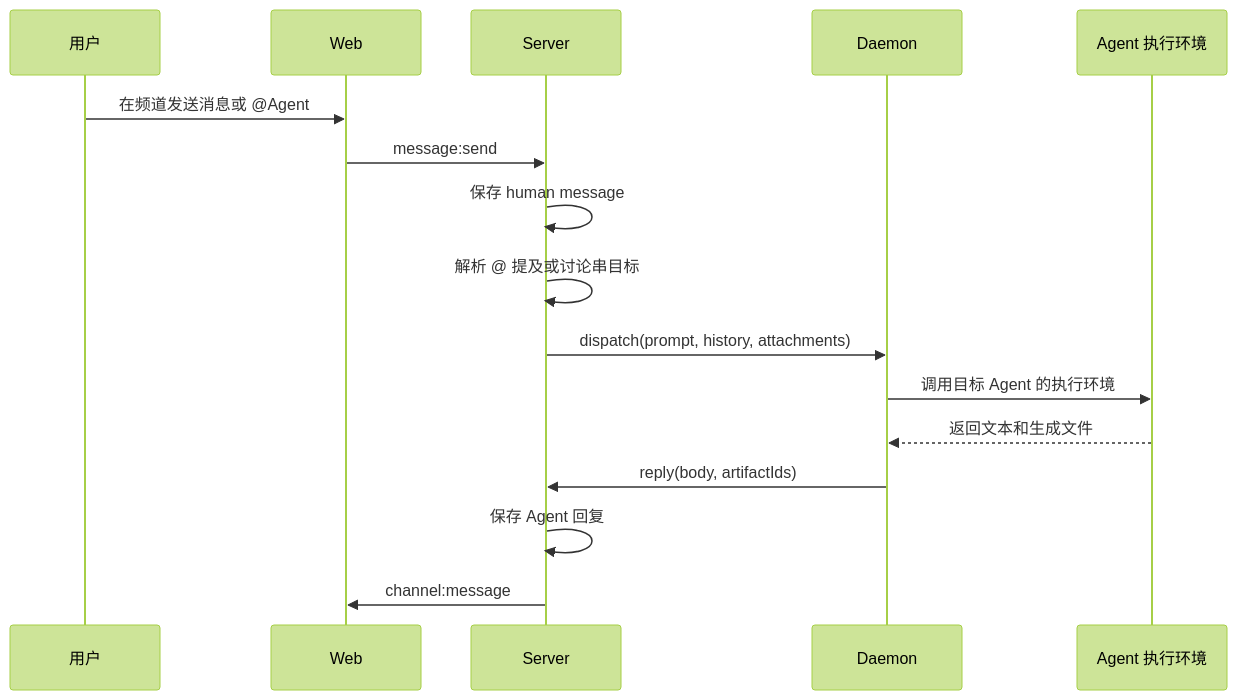
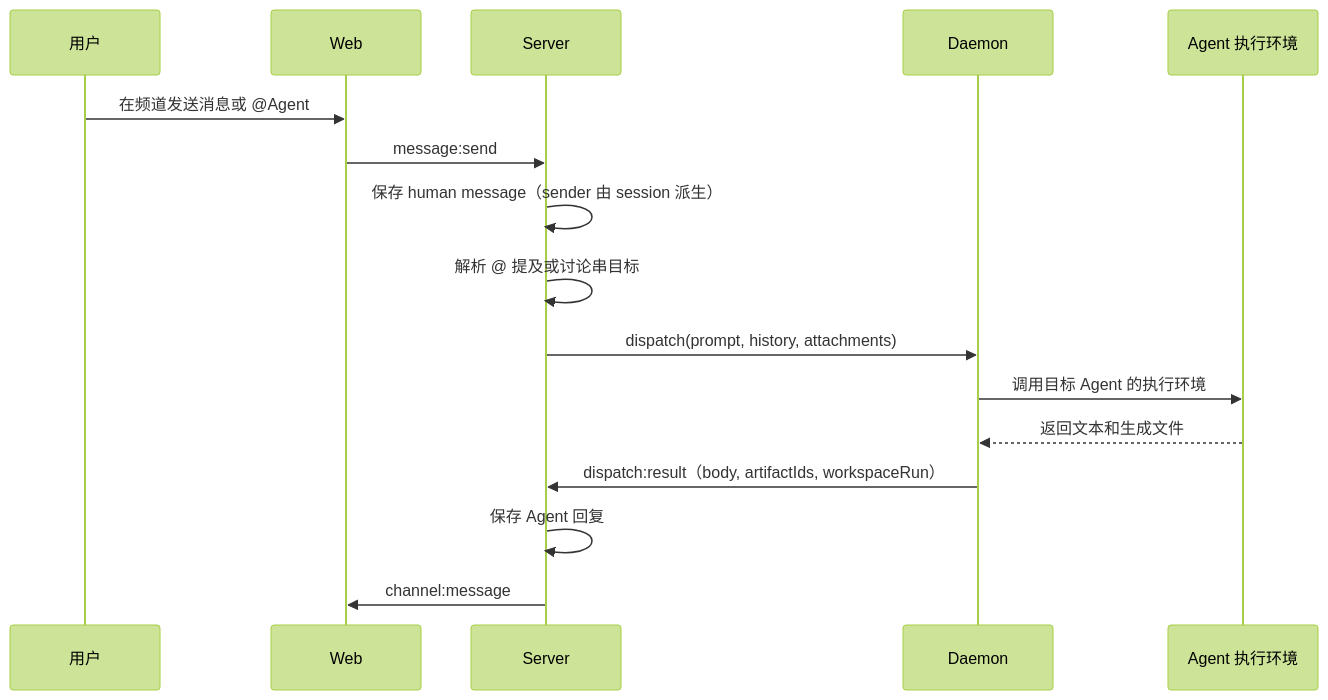
Before and after one commit to xiaojichao/agentbean: the fourth of 6 diagrams in README.md, drawn with Mermaid (forest theme). The commit also changed other lines of this file and 4 other files, not shown here.

````diff
--- a/README.md
+++ b/README.md
@@ -137,19 +134,19 @@
 ```mermaid
 sequenceDiagram
   participant U as 用户
   participant W as Web
   participant S as Server
   participant D as Daemon
   participant A as Agent 执行环境
 
   U->>W: 在频道发送消息或 @Agent
   W->>S: message:send
-  S->>S: 保存 human message
+  S->>S: 保存 human message（sender 由 session 派生）
   S->>S: 解析 @ 提及或讨论串目标
   S->>D: dispatch(prompt, history, attachments)
   D->>A: 调用目标 Agent 的执行环境
   A-->>D: 返回文本和生成文件
-  D->>S: reply(body, artifactIds)
+  D->>S: dispatch:result（body, artifactIds, workspaceRun）
   S->>S: 保存 Agent 回复
   S->>W: channel:message
 ```
````
